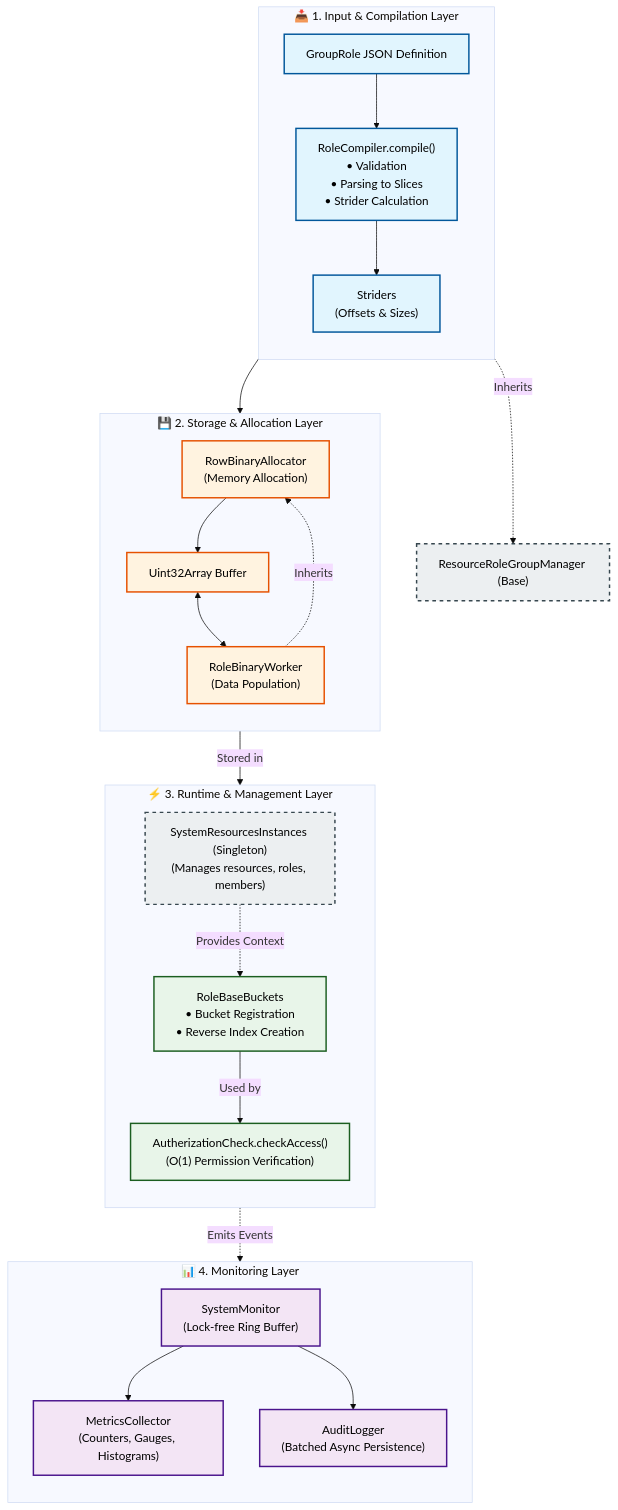
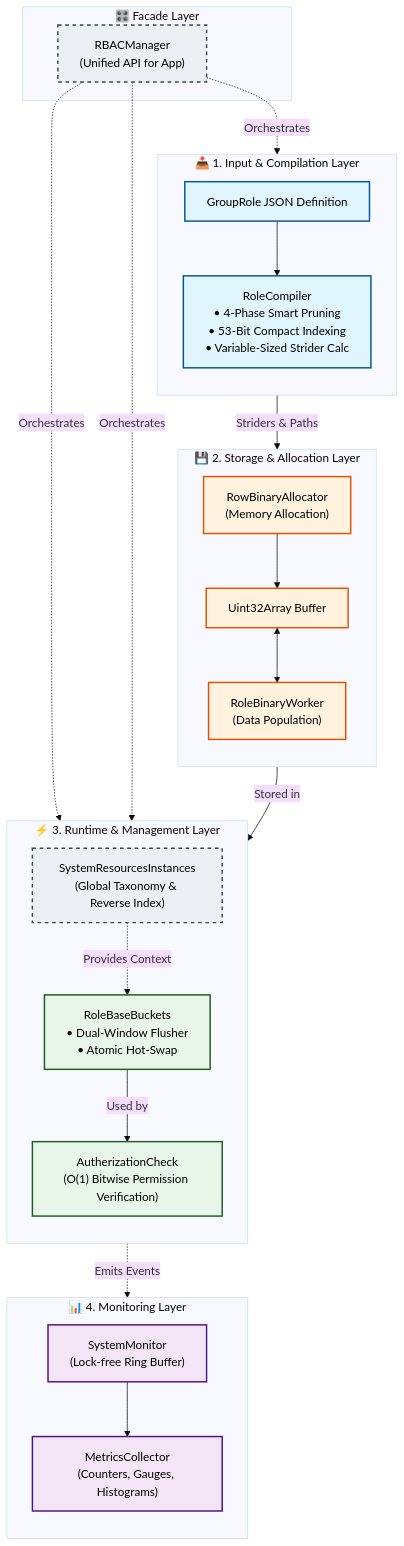
Before and after one commit to Elnsor/native-mongo-odm: the first of 3 diagrams in src/rbac/README.md, drawn with Mermaid (base theme). The commit also changed other lines of this file and 1 other file, not shown here.

Commit message:
feat(rbac): Implement unified RBACManager facade with enhanced observability and safety checks and Update README file to Align wiht New update in rbac system

````diff
--- a/src/rbac/README.md
+++ b/src/rbac/README.md
@@ -27,46 +34,49 @@
 ```mermaid
 flowchart TD
     classDef input fill:#e1f5fe,stroke:#01579b,stroke-width:2px,color:#000
     classDef storage fill:#fff3e0,stroke:#e65100,stroke-width:2px,color:#000
     classDef runtime fill:#e8f5e9,stroke:#1b5e20,stroke-width:2px,color:#000
     classDef monitor fill:#f3e5f5,stroke:#4a148c,stroke-width:2px,color:#000
     classDef base fill:#eceff1,stroke:#37474f,stroke-width:2px,stroke-dasharray: 5 5,color:#000
 
+    subgraph Facade_Layer ["🎛️ Facade Layer"]
+        RBACManager["RBACManager\n(Unified API for App)"]:::base
+    end
+
     subgraph Input_Layer ["📥 1. Input & Compilation Layer"]
         direction TB
         JSON_Def["GroupRole JSON Definition"]:::input
-        RoleCompiler["RoleCompiler.compile()\n• Validation\n• Parsing to Slices\n• Strider Calculation"]:::input
-        Striders["Striders\n(Offsets & Sizes)"]:::input
-        JSON_Def --> RoleCompiler --> Striders
+        RoleCompiler["RoleCompiler\n• 4-Phase Smart Pruning\n• 53-Bit Compact Indexing\n• Variable-Sized Strider Calc"]:::input
+        JSON_Def --> RoleCompiler
     end
 
     subgraph Storage_Layer ["💾 2. Storage & Allocation Layer"]
         direction TB
         RowBinaryAllocator["RowBinaryAllocator\n(Memory Allocation)"]:::storage
         Uint32Array["Uint32Array Buffer"]:::storage
         RoleBinaryWorker["RoleBinaryWorker\n(Data Population)"]:::storage
-        Striders --> RowBinaryAllocator --> Uint32Array <--> RoleBinaryWorker
+        RoleCompiler -->|Striders & Paths| RowBinaryAllocator --> Uint32Array <--> RoleBinaryWorker
     end
 
     subgraph Runtime_Layer ["⚡ 3. Runtime & Management Layer"]
         direction TB
-        SystemResourcesInstances["SystemResourcesInstances (Singleton)\n(Manages resources, roles, members)"]:::base
-        RoleBaseBuckets["RoleBaseBuckets\n• Bucket Registration\n• Reverse Index Creation"]:::runtime
-        AutherizationCheck["AutherizationCheck.checkAccess()\n(O(1) Permission Verification)"]:::runtime
+        SystemResourcesInstances["SystemResourcesInstances\n(Global Taxonomy & Reverse Index)"]:::base
+        RoleBaseBuckets["RoleBaseBuckets\n• Dual-Window Flusher\n• Atomic Hot-Swap"]:::runtime
+        AutherizationCheck["AutherizationCheck\n(O(1) Bitwise Permission Verification)"]:::runtime
         RoleBinaryWorker -->|Stored in| RoleBaseBuckets
         SystemResourcesInstances -.->|Provides Context| RoleBaseBuckets
         RoleBaseBuckets -->|Used by| AutherizationCheck
     end
 
     subgraph Monitoring_Layer ["📊 4. Monitoring Layer"]
         direction TB
         SystemMonitor["SystemMonitor\n(Lock-free Ring Buffer)"]:::monitor
         MetricsCollector["MetricsCollector\n(Counters, Gauges, Histograms)"]:::monitor
-        AuditLogger["AuditLogger\n(Batched Async Persistence)"]:::monitor
         AutherizationCheck -.->|Emits Events| SystemMonitor
-        SystemMonitor --> MetricsCollector & AuditLogger
+        SystemMonitor --> MetricsCollector
     end
 
-    RoleCompiler -.->|Inherits| ResourceRoleGroupManager["ResourceRoleGroupManager (Base)"]:::base
-    RoleBinaryWorker -.->|Inherits| RowBinaryAllocator
+    RBACManager -.->|Orchestrates| RoleCompiler
+    RBACManager -.->|Orchestrates| RoleBaseBuckets
+    RBACManager -.->|Orchestrates| AutherizationCheck
 ```
````
